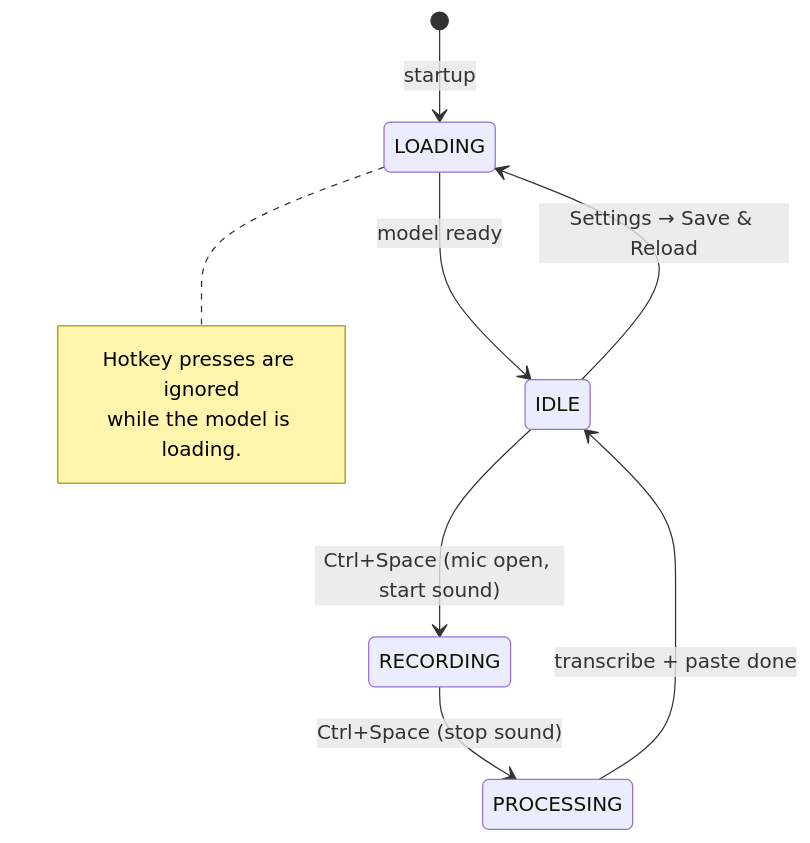
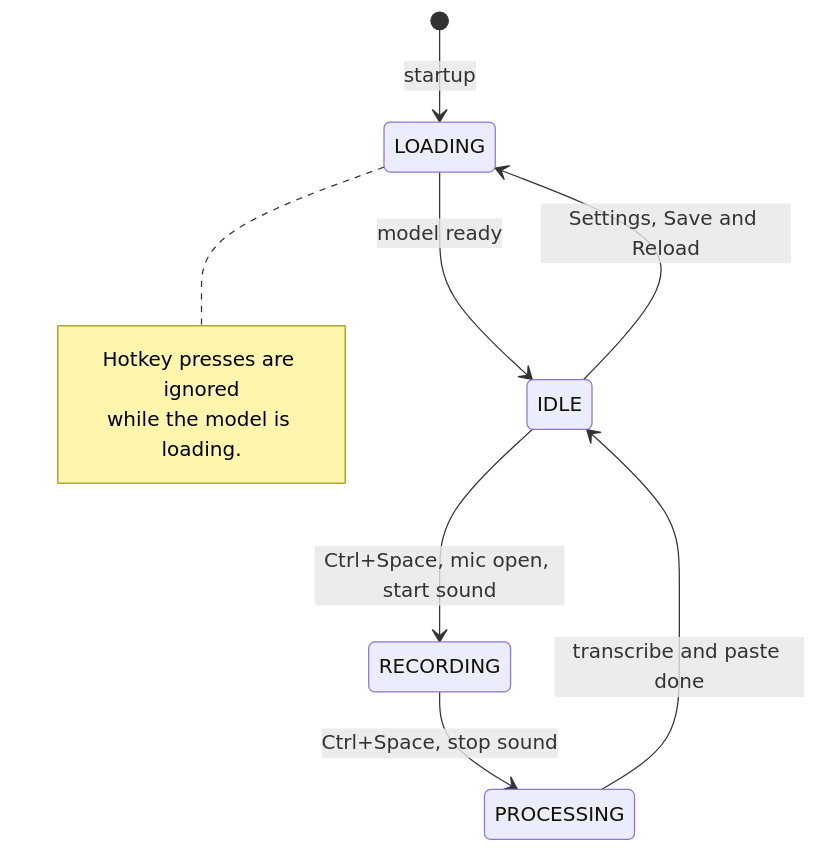
Before and after one commit to SanjuEpic/free-wispr-flow: the second of 3 diagrams in ARCHITECTURE.md, drawn with Mermaid. The commit also changed other lines of this file and 1 other file, not shown here.

First line of the commit message:
fix(docs): harden Mermaid diagrams for GitHub's renderer

````diff
--- a/ARCHITECTURE.md
+++ b/ARCHITECTURE.md
@@ -39,13 +39,13 @@
 ```mermaid
 stateDiagram-v2
     [*] --> LOADING: startup
     LOADING --> IDLE: model ready
-    IDLE --> RECORDING: Ctrl+Space (mic open, start sound)
-    RECORDING --> PROCESSING: Ctrl+Space (stop sound)
-    PROCESSING --> IDLE: transcribe + paste done
-    IDLE --> LOADING: Settings → Save & Reload
+    IDLE --> RECORDING: Ctrl+Space, mic open, start sound
+    RECORDING --> PROCESSING: Ctrl+Space, stop sound
+    PROCESSING --> IDLE: transcribe and paste done
+    IDLE --> LOADING: Settings, Save and Reload
     note right of LOADING
         Hotkey presses are ignored
         while the model is loading.
     end note
 ```
````
